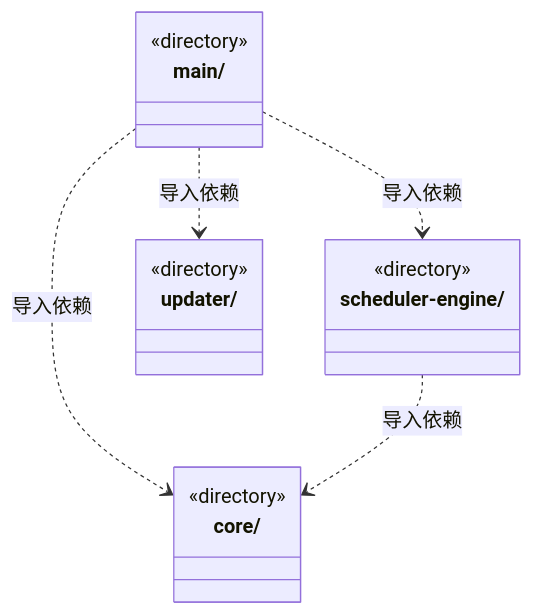
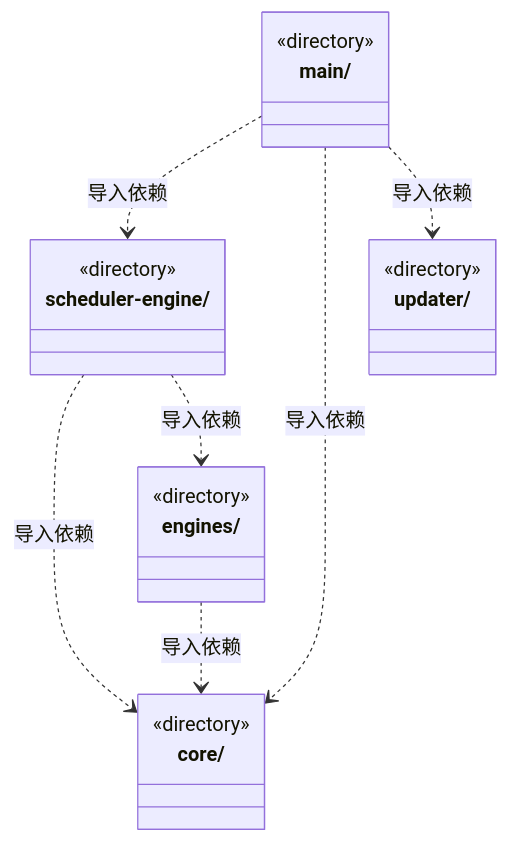
The first of 2 diagrams in src/backend/ARCHITECTURE.md (nan023062/cbim), drawn with Mermaid before and after one commit. The commit also changed other lines of this file and 971 other files, not shown here.

````diff
--- a/src/backend/ARCHITECTURE.md
+++ b/src/backend/ARCHITECTURE.md
@@ -15,19 +15,24 @@
 ```mermaid
 classDiagram
 class N_src_backend_core["core/"] {
+  <<directory>>
+}
+class N_src_backend_engines["engines/"] {
   <<directory>>
 }
 class N_src_backend_main["main/"] {
   <<directory>>
 }
 class N_src_backend_scheduler_engine["scheduler-engine/"] {
   <<directory>>
 }
 class N_src_backend_updater["updater/"] {
   <<directory>>
 }
+N_src_backend_engines ..> N_src_backend_core : 导入依赖
+N_src_backend_main ..> N_src_backend_scheduler_engine : 导入依赖
 N_src_backend_main ..> N_src_backend_core : 导入依赖
-N_src_backend_main ..> N_src_backend_scheduler_engine : 导入依赖
 N_src_backend_main ..> N_src_backend_updater : 导入依赖
 N_src_backend_scheduler_engine ..> N_src_backend_core : 导入依赖
+N_src_backend_scheduler_engine ..> N_src_backend_engines : 导入依赖
 ```
````
